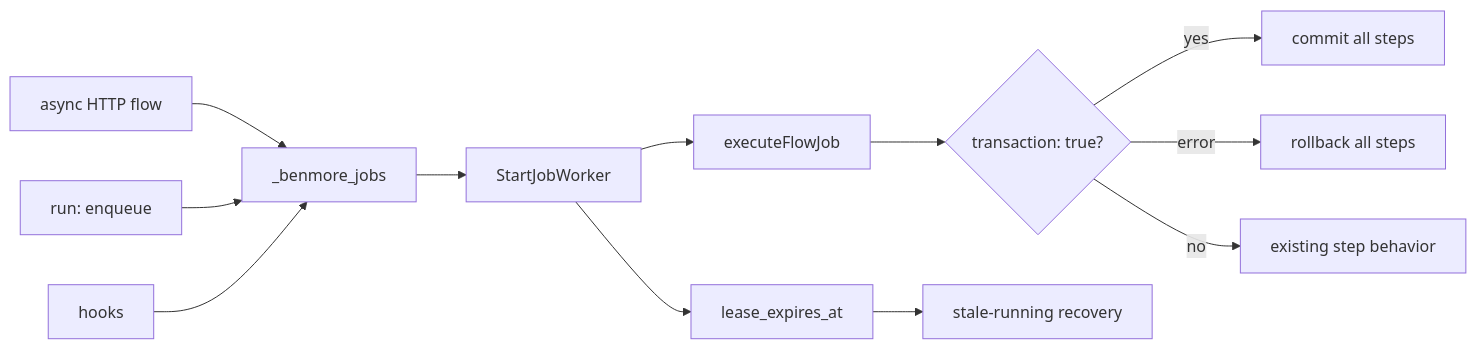
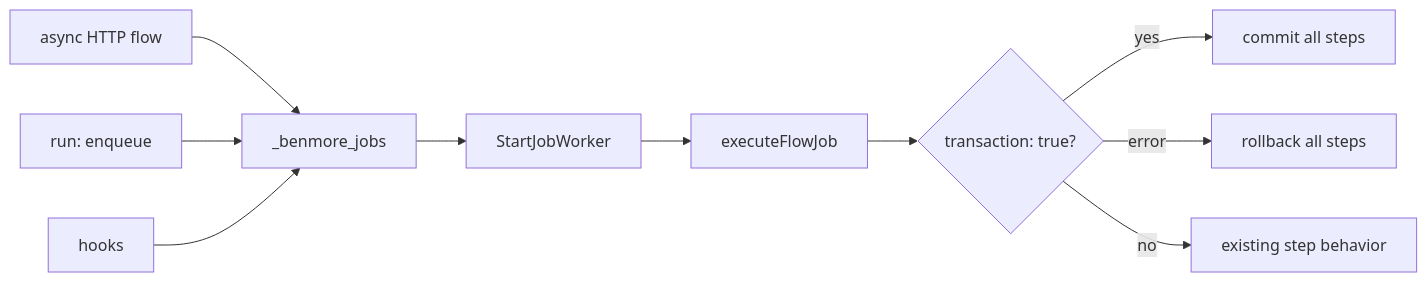
Before and after one commit to Benmore-Studio/benmore: the diagram in docs/agent/durable-jobs.md, drawn with Mermaid. The commit also changed other lines of this file and 50 other files, not shown here.

````diff
--- a/docs/agent/durable-jobs.md
+++ b/docs/agent/durable-jobs.md
@@ -9,14 +9,12 @@
 ```mermaid
 flowchart LR
   HTTP[async HTTP flow] --> Jobs[_benmore_jobs]
   Enqueue[run: enqueue] --> Jobs
   Hooks[hooks] --> Jobs
   Jobs --> Worker[StartJobWorker]
-  Worker --> Lease[lease_expires_at]
   Worker --> Flow[executeFlowJob]
   Flow --> Tx{transaction: true?}
   Tx -->|yes| Commit[commit all steps]
   Tx -->|error| Rollback[rollback all steps]
   Tx -->|no| Direct[existing step behavior]
-  Lease --> Recovery[stale-running recovery]
 ```
````
